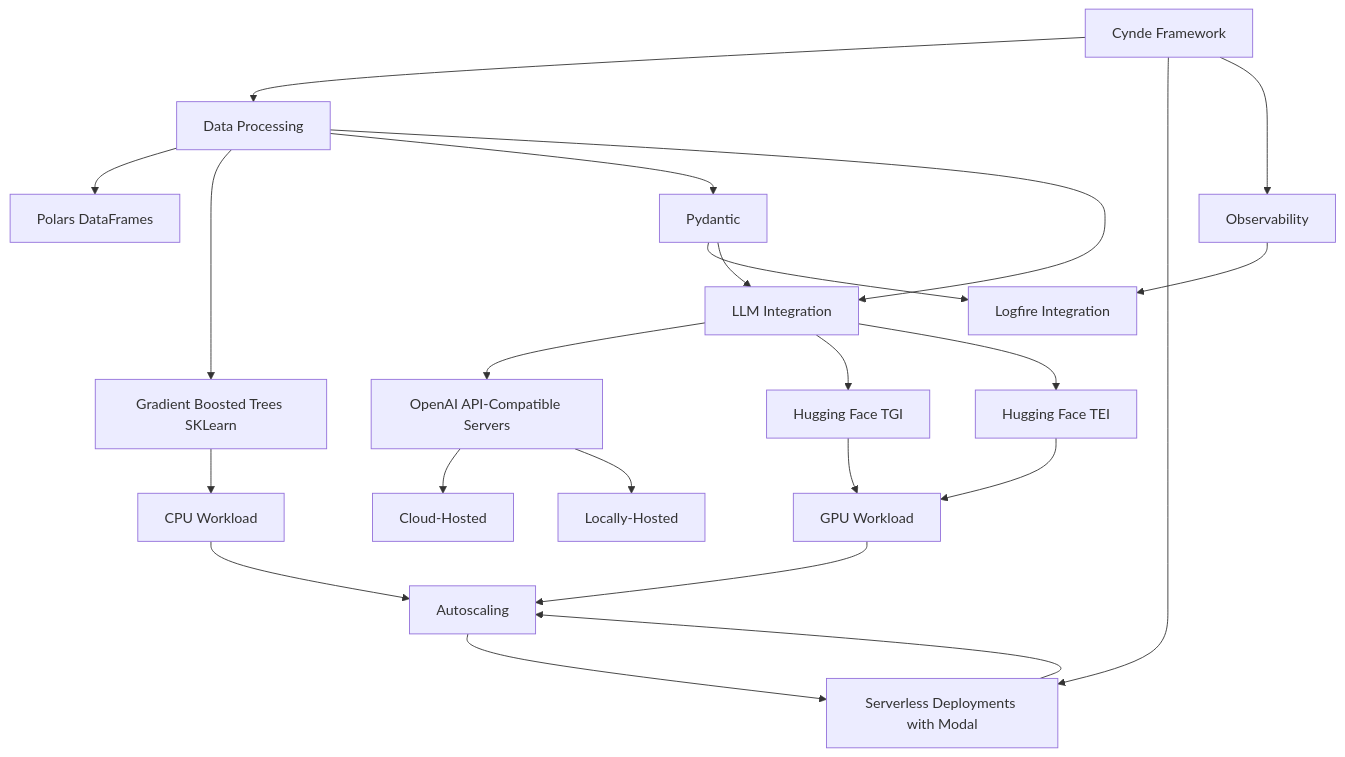
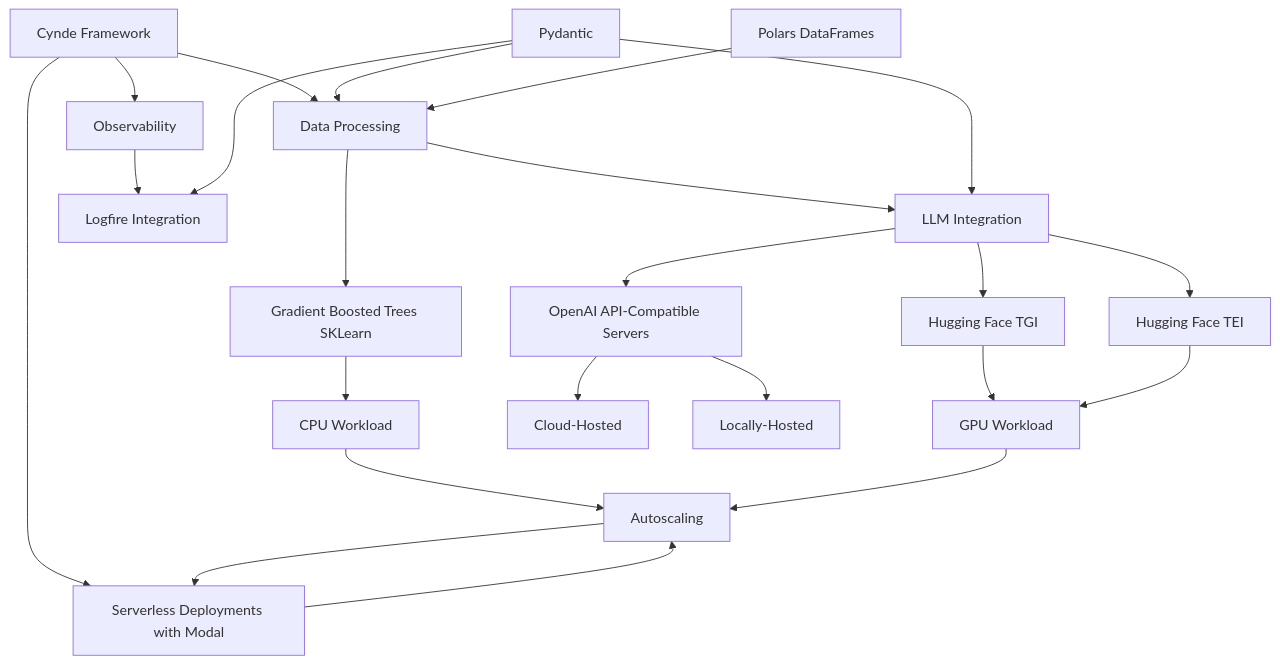
One commit to Neural-Dragon-AI/Cynde changed the diagram in drawings.md. Above: the diagram before and after it, drawn with Mermaid.

````diff
--- a/drawings.md
+++ b/drawings.md
@@ -3,29 +3,29 @@
 ```mermaid
 graph TD
     A[Cynde Framework] --> B[Data Processing]
-    B --> C[Polars DataFrames]
+    PD[Pydantic] --> B
+    C[Polars DataFrames] --> B
     B --> E[Gradient Boosted Trees SKLearn]
     A --> P[Serverless Deployments with Modal]
-    B --> PD[Pydantic]
     F[Autoscaling] --> P
     P --> F
     G[CPU Workload] --> F
     E --> G
     M[GPU Workload] --> F
 
     B --> H[LLM Integration]
     H --> I[OpenAI API-Compatible Servers]
     I --> J[Cloud-Hosted]
     I --> K[Locally-Hosted]
     H --> N[Hugging Face TGI]
   
     H --> O[Hugging Face TEI]
     N --> M
     O --> M
 
 
     A --> Y[Observability]
     Y --> Z[Logfire Integration]
     PD --> Z
     PD --> H
 ```
````
